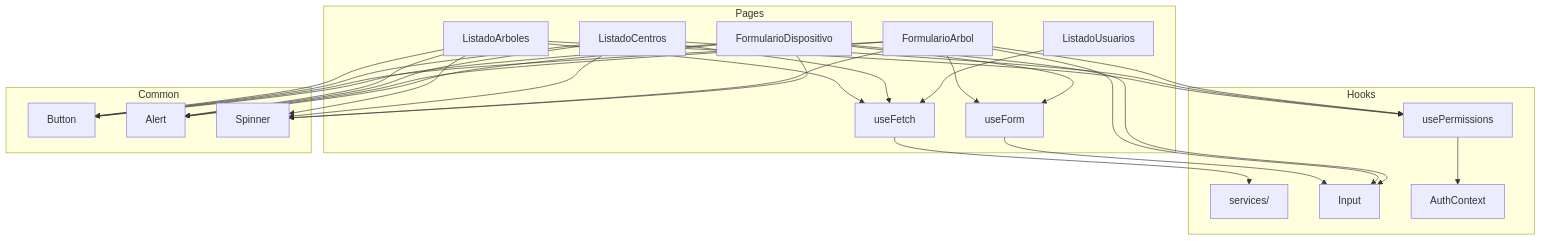
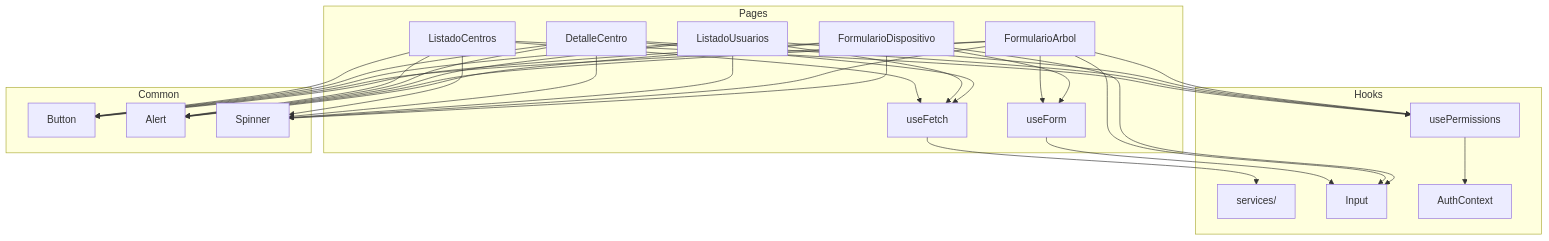
One commit to riordi80/vocational-training-final-project changed the diagram in frontend/README.md. Above: the diagram before and after it, drawn with Mermaid. The commit also changed other lines of this file and 1 other file, not shown here.

````diff
--- a/frontend/README.md
+++ b/frontend/README.md
@@ -326,28 +399,29 @@
 ```mermaid
 graph TD
     subgraph Pages
-        LA[ListadoArboles] --> UF[useFetch]
-        LC[ListadoCentros] --> UF
+        LC[ListadoCentros] --> UF[useFetch]
         LU[ListadoUsuarios] --> UF
+        DC[DetalleCentro] --> UF
         FA[FormularioArbol] --> UFM[useForm]
         FD[FormularioDispositivo] --> UFM
     end
 
     subgraph Hooks
         UF --> SRV[services/]
         UFM --> INP[Input.jsx]
         UP[usePermissions] --> AC[AuthContext]
     end
 
     subgraph Common
         BTN[Button]
         INP[Input]
         ALR[Alert]
         SPR[Spinner]
     end
 
-    LA --> BTN & ALR & SPR & UP
     LC --> BTN & ALR & SPR & UP
+    DC --> BTN & ALR & SPR & UP
+    LU --> BTN & ALR & SPR & UP
     FA --> INP & BTN & ALR & SPR & UP
     FD --> INP & BTN & ALR & SPR
 ```
````
